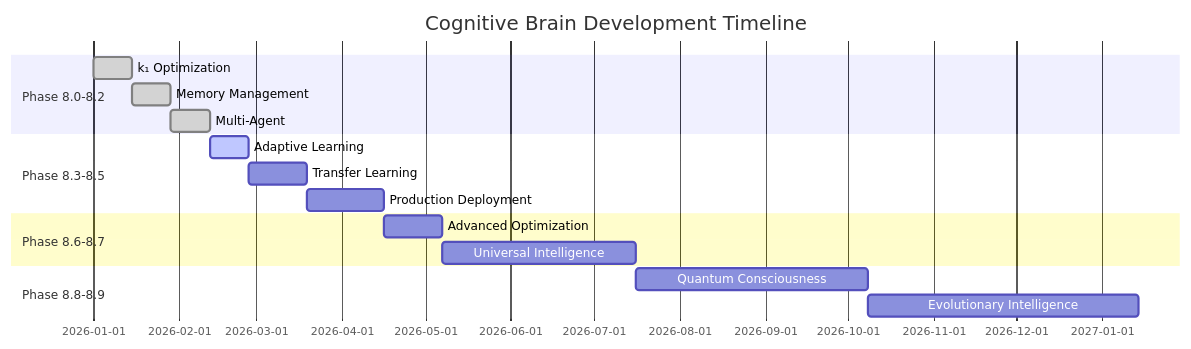
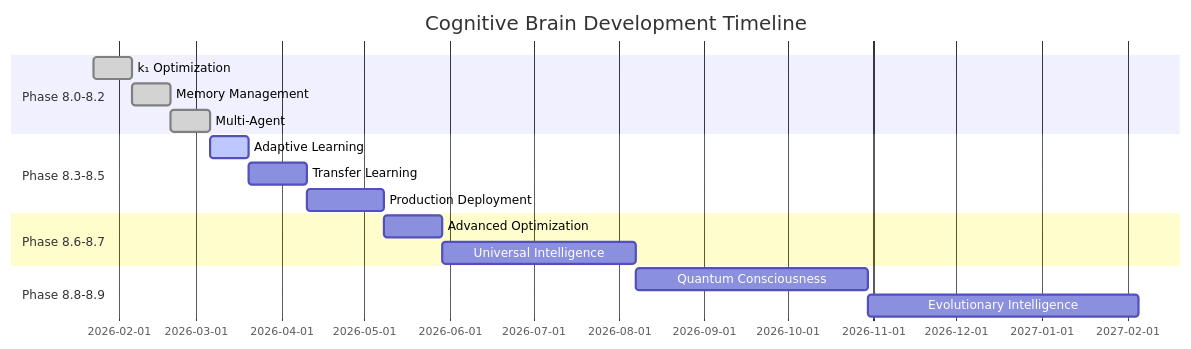
One commit to Aries-Serpent/_codex_ changed diagram 16 of 18 in .github/agents/COGNITIVE_BRAIN_ARCHITECTURE_DIAGRAMS.md. Above: the diagram before and after it, drawn with Mermaid. The commit also changed other lines of this file and 224 other files, not shown here.

````diff
--- a/.github/agents/COGNITIVE_BRAIN_ARCHITECTURE_DIAGRAMS.md
+++ b/.github/agents/COGNITIVE_BRAIN_ARCHITECTURE_DIAGRAMS.md
@@ -916,22 +916,22 @@
 ```mermaid
 gantt
     title Cognitive Brain Development Timeline
     dateFormat YYYY-MM-DD
     section Phase 8.0-8.2
-    k₁ Optimization           :done, p80, 2026-01-01, 14d
+    k₁ Optimization           :done, p80, 2026-01-23, 14d
     Memory Management         :done, p81, after p80, 14d
     Multi-Agent               :done, p82, after p81, 14d
     
     section Phase 8.3-8.5
     Adaptive Learning         :active, p83, after p82, 14d
     Transfer Learning         :p84, after p83, 21d
     Production Deployment     :p85, after p84, 28d
     
     section Phase 8.6-8.7
     Advanced Optimization     :p86, after p85, 21d
     Universal Intelligence    :p87, after p86, 70d
     
     section Phase 8.8-8.9
     Quantum Consciousness     :p88, after p87, 84d
     Evolutionary Intelligence :p89, after p88, 98d
 ```
````
